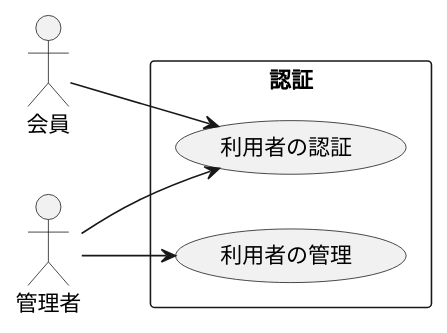
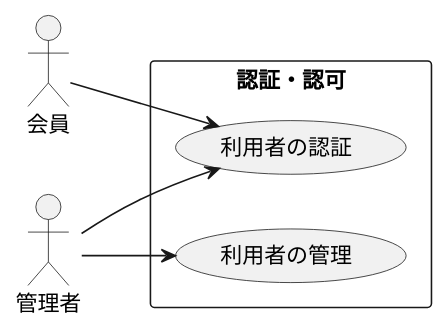
One commit to k2works/case-study-mrs changed diagram 19 of 22 in docs/index.adoc. Above: the diagram before and after it, drawn with PlantUML. The commit also changed other lines of this file and 11 other files, not shown here.

```diff
--- a/docs/index.adoc
+++ b/docs/index.adoc
@@ -651,15 +633,15 @@
 [plantuml]
 ----
 @startuml
 left to right direction
 actor "会員" as member
 actor "管理者" as admin
-rectangle 認証 {
+rectangle 認証・認可 {
   usecase "利用者の認証" as UC1
   usecase "利用者の管理" as UC2
 }
 member --> UC1
 admin --> UC1
 admin --> UC2
 @enduml
 ----
```
